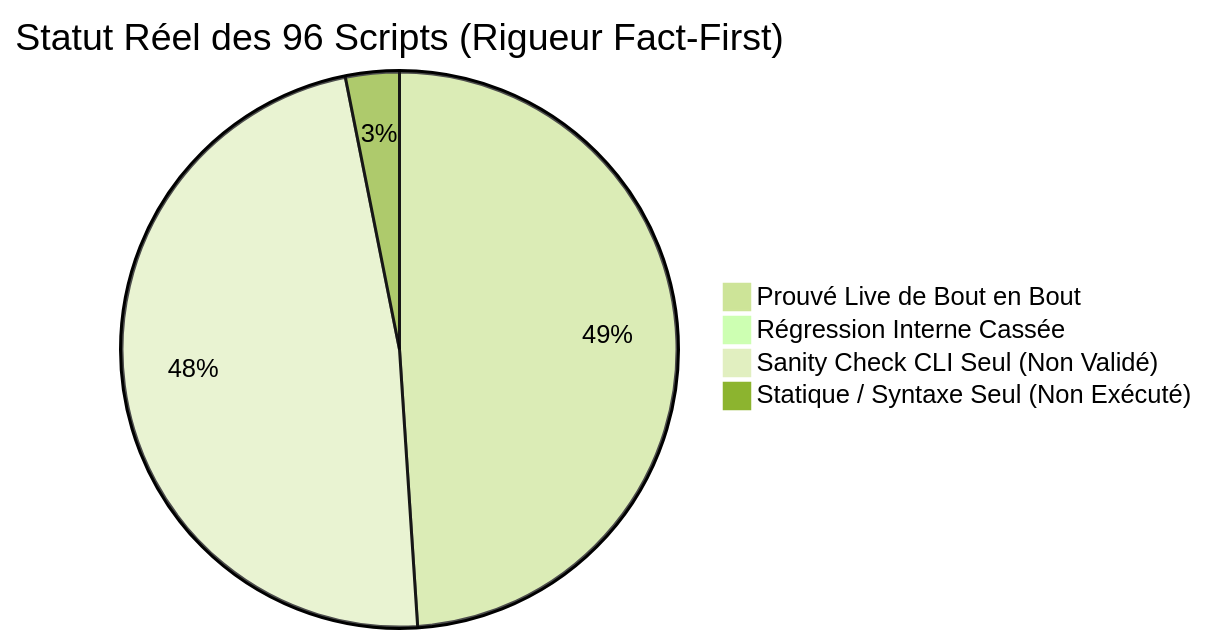
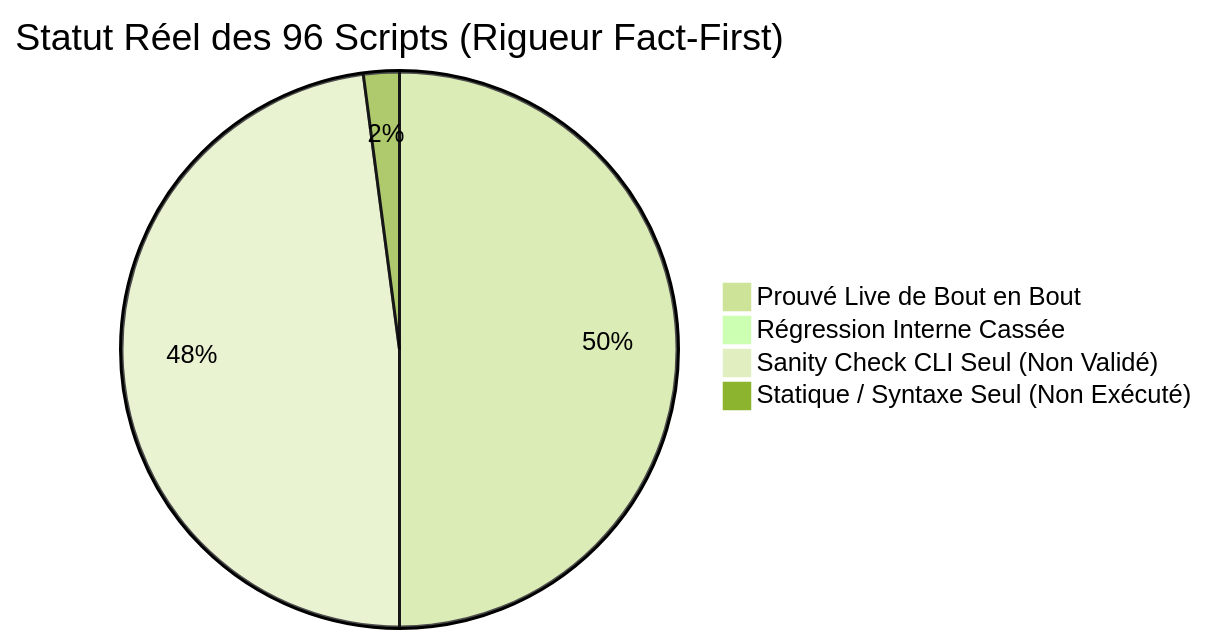
Before and after one commit to yoyonel/pydbsrt: the diagram in docs/reference/2026-11-10-audit-exhaustif-scripts-regressions.md, drawn with Mermaid (forest theme). The commit also changed other lines of this file and 2 other files, not shown here.

````diff
--- a/docs/reference/2026-11-10-audit-exhaustif-scripts-regressions.md
+++ b/docs/reference/2026-11-10-audit-exhaustif-scripts-regressions.md
@@ -16,7 +16,7 @@
 ```mermaid
 pie title Statut Réel des 96 Scripts (Rigueur Fact-First)
-    "Prouvé Live de Bout en Bout" : 47
+    "Prouvé Live de Bout en Bout" : 48
     "Régression Interne Cassée" : 0
     "Sanity Check CLI Seul (Non Validé)" : 46
-    "Statique / Syntaxe Seul (Non Exécuté)" : 3
+    "Statique / Syntaxe Seul (Non Exécuté)" : 2
 ```
````
